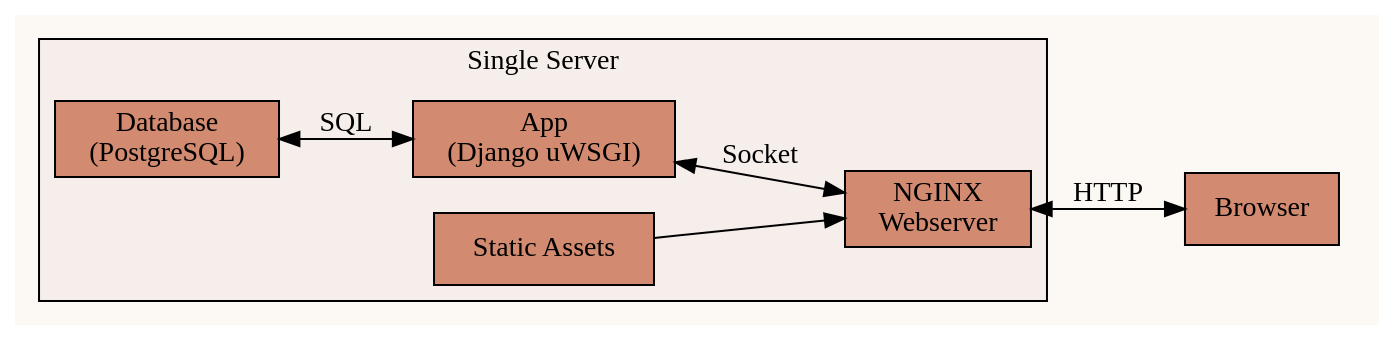
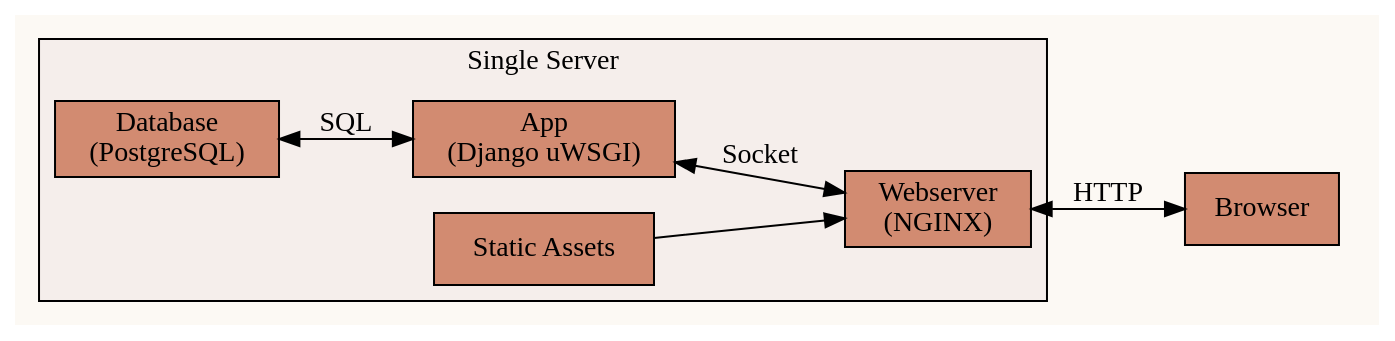
One commit to hnarayanan/harishnarayanan.org changed the diagram in static/images/writing/kubernetes-django/all-in-one-server.dot. Above: the diagram before and after it, drawn with Graphviz. The commit also changed 4 other files, not shown here.

Commit message:
Polish first two svg graphics

```diff
--- a/static/images/writing/kubernetes-django/all-in-one-server.dot
+++ b/static/images/writing/kubernetes-django/all-in-one-server.dot
@@ -1,22 +1,23 @@
 digraph Application {
     bgcolor = "#fcf9f4";
     rankdir = LR;
     node[shape=box, style=filled, fillcolor="#d28b71"];
+
     subgraph clusterClient {
-    	style = invis;
-    	browser [label="Browser"];
+        style = invis;
+        browser [label="Browser"];
     };
     subgraph clusterServer {
-    	label="Single Server";
-	bgcolor="#f5eeeb";
-    	app [label="App\n(Django uWSGI)"];
-    	database [label="Database\n(PostgreSQL)"];
-    	assets[label="Static Assets"]
-    	webserver [label="NGINX\nWebserver"];
+        label="Single Server";
+        bgcolor="#f5eeeb";
+        app [label="App\n(Django uWSGI)"];
+        database [label="Database\n(PostgreSQL)"];
+        assets[label="Static Assets"];
+        webserver [label="Webserver\n(NGINX)"];
     };
 
     database -> app [label="SQL", dir="both"];
     app -> webserver [label="Socket", dir="both"];
     assets -> webserver;
     webserver -> browser [label="HTTP", dir="both"];
 }
```
